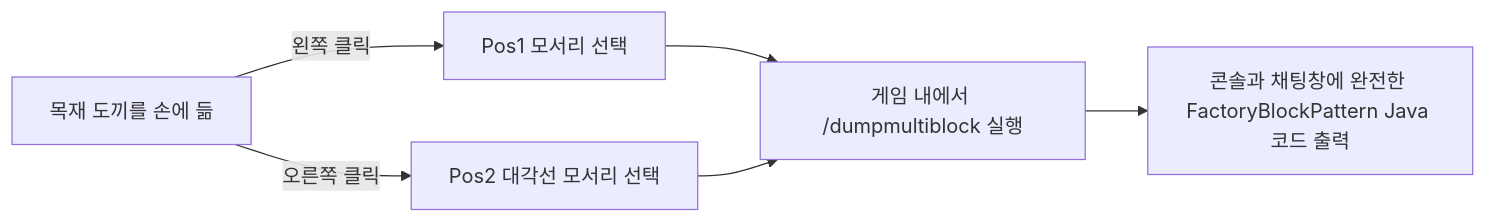
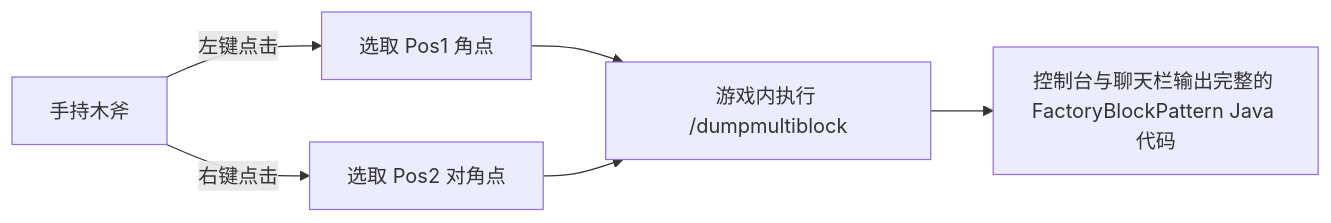
The diagram in docs/ko/kubejs/tools-and-utilities.md (takanashisatou/GregtechEasy), drawn with Mermaid before and after one commit. The commit also changed other lines of this file and 144 other files, not shown here.

````diff
--- a/docs/ko/kubejs/tools-and-utilities.md
+++ b/docs/ko/kubejs/tools-and-utilities.md
@@ -13,7 +13,7 @@
 ```mermaid
 graph LR
-    A[목재 도끼를 손에 듦] -->|왼쪽 클릭| B[Pos1 모서리 선택]
-    A -->|오른쪽 클릭| C[Pos2 대각선 모서리 선택]
-    B & C --> D[게임 내에서 /dumpmultiblock 실행]
-    D --> E[콘솔과 채팅창에 완전한 FactoryBlockPattern Java 코드 출력]
+    A[手持木斧] -->|左键点击| B[选取 Pos1 角点]
+    A -->|右键点击| C[选取 Pos2 对角点]
+    B & C --> D[游戏内执行 /dumpmultiblock]
+    D --> E[控制台与聊天栏输出完整的 FactoryBlockPattern Java 代码]
 ```
````
